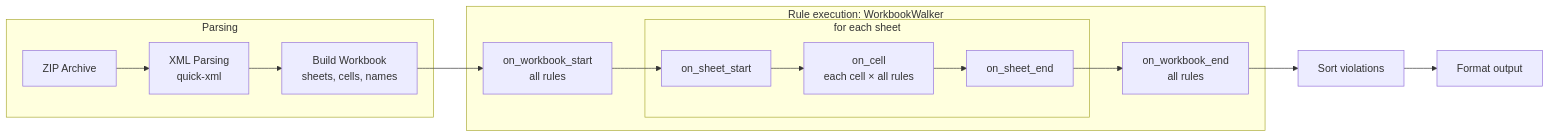
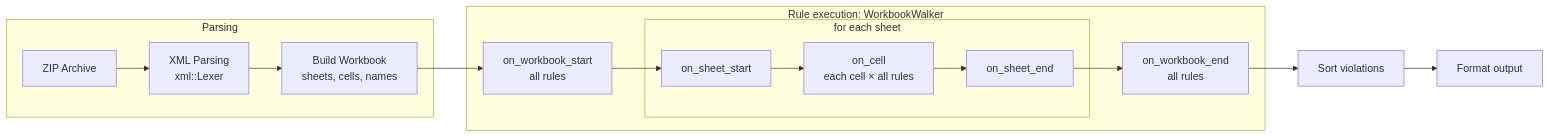
One commit to cosmoscalibur/sheetrs changed the diagram in sheetrs-linter/docs/PROFILING.md. Above: the diagram before and after it, drawn with Mermaid. The commit also changed other lines of this file and 3 other files, not shown here.

````diff
--- a/sheetrs-linter/docs/PROFILING.md
+++ b/sheetrs-linter/docs/PROFILING.md
@@ -74,19 +75,19 @@
 ```mermaid
 flowchart LR
     subgraph Parse["Parsing"]
-        A[ZIP Archive] --> B[XML Parsing<br/>quick-xml]
+        A[ZIP Archive] --> B[XML Parsing<br/>xml::Lexer]
         B --> C[Build Workbook<br/>sheets, cells, names]
     end
 
     subgraph Walk["Rule execution: WorkbookWalker"]
         D[on_workbook_start<br/>all rules] --> E
         subgraph Sheets["for each sheet"]
             E[on_sheet_start] --> F[on_cell<br/>each cell × all rules]
             F --> G[on_sheet_end]
         end
         G --> H[on_workbook_end<br/>all rules]
     end
 
     C --> D
     H --> I[Sort violations] --> J[Format output]
 ```
````
